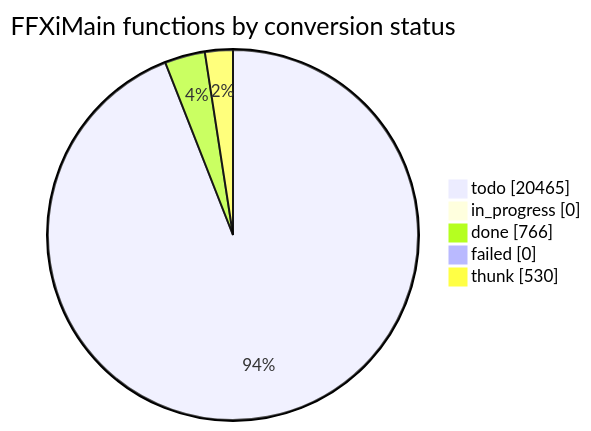
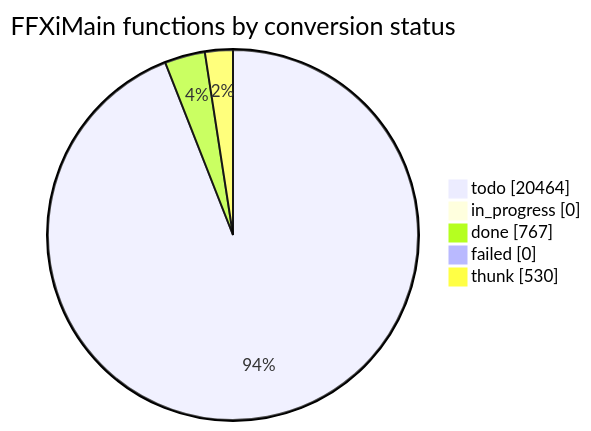
One commit to cowrevenge/cow_kuluu_xi_anything changed the diagram in docs/cow/STATUS.md. Above: the diagram before and after it, drawn with Mermaid. The commit also changed other lines of this file and 9 other files, not shown here.

````diff
--- a/docs/cow/STATUS.md
+++ b/docs/cow/STATUS.md
@@ -18,9 +18,9 @@
 ```mermaid
 pie showData
     title FFXiMain functions by conversion status
-    "todo" : 20465
+    "todo" : 20464
     "in_progress" : 0
-    "done" : 766
+    "done" : 767
     "failed" : 0
     "thunk" : 530
 ```
````
